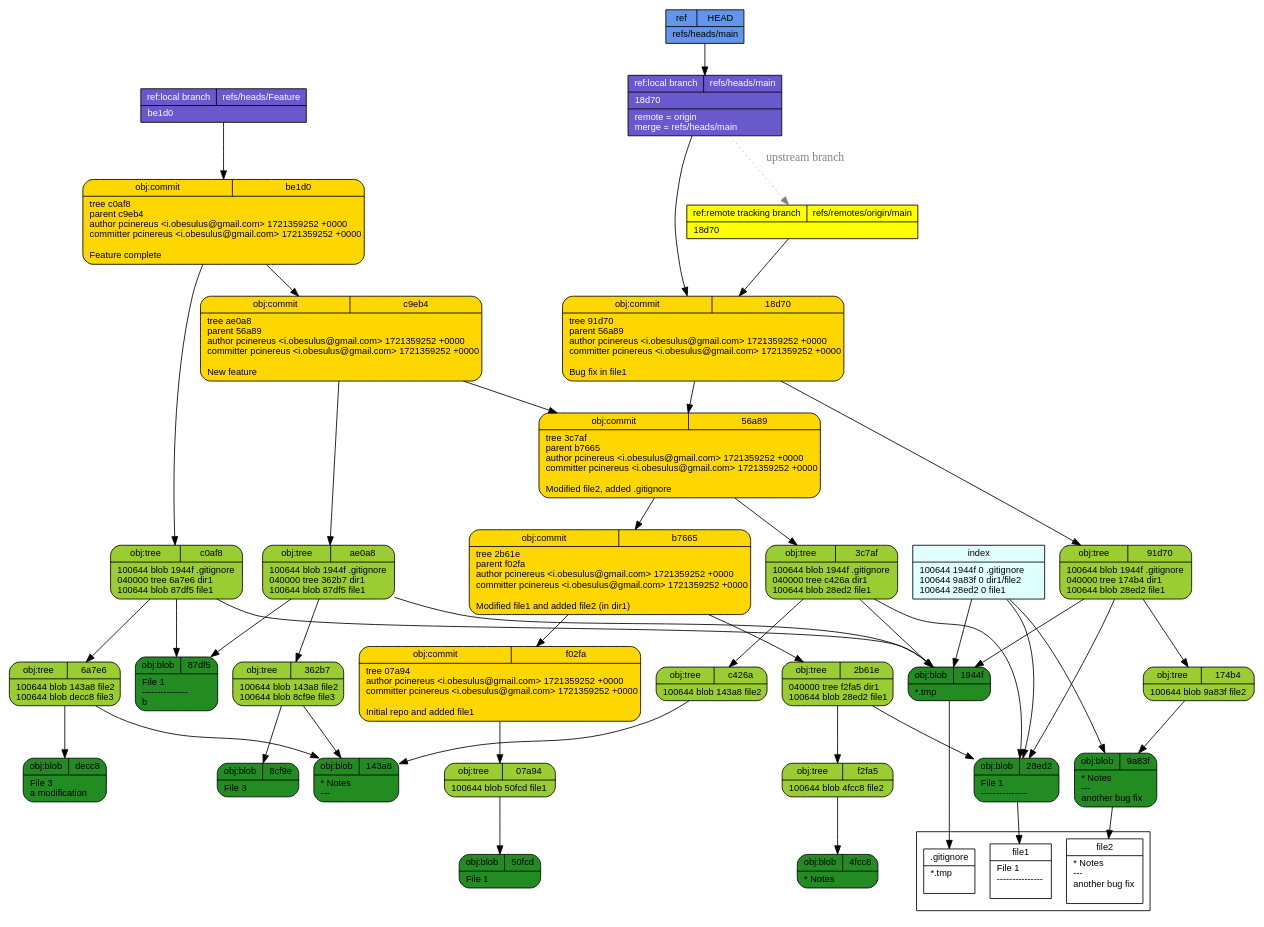
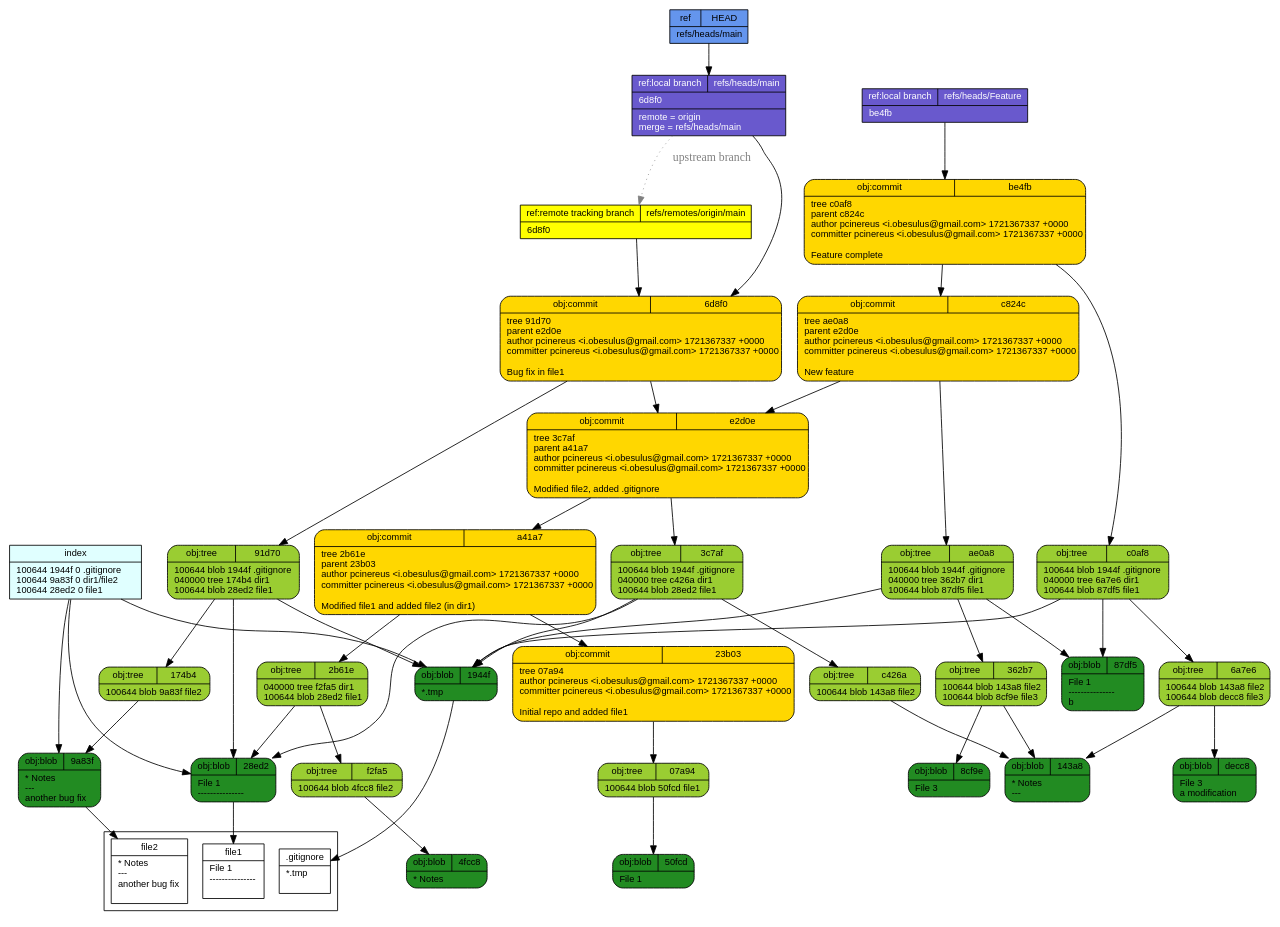
One commit to pcinereus/SUYRs_documents changed the diagram in tut/git-draw.dot. Above: the diagram before and after it, drawn with Graphviz. The commit also changed 613 other files, not shown here.

```diff
--- a/tut/git-draw.dot
+++ b/tut/git-draw.dot
@@ -1,57 +1,57 @@
 digraph structs {
   node [shape=record,fontsize=11,fontname="arial"];
   rankdir="TB";
+  _e2d0e [fillcolor="gold", style="filled,rounded", label="{{obj:commit|e2d0e}|tree\ 3c7af\lparent\ a41a7\lauthor\ pcinereus\ \<i\.obesulus\@gmail\.com\>\ 1721367337\ \+0000\lcommitter\ pcinereus\ \<i\.obesulus\@gmail\.com\>\ 1721367337\ \+0000\l\lModified\ file2\,\ added\ \.gitignore\l}"]  _e2d0e -> _3c7af
+  _e2d0e -> _a41a7
   _f2fa5 [fillcolor="yellowgreen", style="filled,rounded", label="{{obj:tree|f2fa5}|100644\ blob\ 4fcc8\	file2\l}"]  _f2fa5 -> _4fcc8
   _07a94 [fillcolor="yellowgreen", style="filled,rounded", label="{{obj:tree|07a94}|100644\ blob\ 50fcd\	file1\l}"]  _07a94 -> _50fcd
   _143a8 [fillcolor="forestgreen", style="filled,rounded", label="{{obj:blob|143a8}|\*\ Notes\l\-\-\-\l}"]  _c0af8 [fillcolor="yellowgreen", style="filled,rounded", label="{{obj:tree|c0af8}|100644\ blob\ 1944f\	\.gitignore\l040000\ tree\ 6a7e6\	dir1\l100644\ blob\ 87df5\	file1\l}"]  _c0af8 -> _1944f
   _c0af8 -> _6a7e6
   _c0af8 -> _87df5
   _4fcc8 [fillcolor="forestgreen", style="filled,rounded", label="{{obj:blob|4fcc8}|\*\ Notes\l}"]  _c426a [fillcolor="yellowgreen", style="filled,rounded", label="{{obj:tree|c426a}|100644\ blob\ 143a8\	file2\l}"]  _c426a -> _143a8
-  _1944f [fillcolor="forestgreen", style="filled,rounded", label="{{obj:blob|1944f}|\*\.tmp\l}"]  _50fcd [fillcolor="forestgreen", style="filled,rounded", label="{{obj:blob|50fcd}|File\ 1\l}"]  _c9eb4 [fillcolor="gold", style="filled,rounded", label="{{obj:commit|c9eb4}|tree\ ae0a8\lparent\ 56a89\lauthor\ pcinereus\ \<i\.obesulus\@gmail\.com\>\ 1721359252\ \+0000\lcommitter\ pcinereus\ \<i\.obesulus\@gmail\.com\>\ 1721359252\ \+0000\l\lNew\ feature\l}"]  _c9eb4 -> _ae0a8
-  _c9eb4 -> _56a89
-  _8cf9e [fillcolor="forestgreen", style="filled,rounded", label="{{obj:blob|8cf9e}|File\ 3\l}"]  _f02fa [fillcolor="gold", style="filled,rounded", label="{{obj:commit|f02fa}|tree\ 07a94\lauthor\ pcinereus\ \<i\.obesulus\@gmail\.com\>\ 1721359252\ \+0000\lcommitter\ pcinereus\ \<i\.obesulus\@gmail\.com\>\ 1721359252\ \+0000\l\lInitial\ repo\ and\ added\ file1\l}"]  _f02fa -> _07a94
+  _1944f [fillcolor="forestgreen", style="filled,rounded", label="{{obj:blob|1944f}|\*\.tmp\l}"]  _50fcd [fillcolor="forestgreen", style="filled,rounded", label="{{obj:blob|50fcd}|File\ 1\l}"]  _8cf9e [fillcolor="forestgreen", style="filled,rounded", label="{{obj:blob|8cf9e}|File\ 3\l}"]  _a41a7 [fillcolor="gold", style="filled,rounded", label="{{obj:commit|a41a7}|tree\ 2b61e\lparent\ 23b03\lauthor\ pcinereus\ \<i\.obesulus\@gmail\.com\>\ 1721367337\ \+0000\lcommitter\ pcinereus\ \<i\.obesulus\@gmail\.com\>\ 1721367337\ \+0000\l\lModified\ file1\ and\ added\ file2\ \(in\ dir1\)\l}"]  _a41a7 -> _2b61e
+  _a41a7 -> _23b03
   _91d70 [fillcolor="yellowgreen", style="filled,rounded", label="{{obj:tree|91d70}|100644\ blob\ 1944f\	\.gitignore\l040000\ tree\ 174b4\	dir1\l100644\ blob\ 28ed2\	file1\l}"]  _91d70 -> _1944f
   _91d70 -> _174b4
   _91d70 -> _28ed2
-  _9a83f [fillcolor="forestgreen", style="filled,rounded", label="{{obj:blob|9a83f}|\*\ Notes\l\-\-\-\l\ another\ bug\ fix\l}"]  _be1d0 [fillcolor="gold", style="filled,rounded", label="{{obj:commit|be1d0}|tree\ c0af8\lparent\ c9eb4\lauthor\ pcinereus\ \<i\.obesulus\@gmail\.com\>\ 1721359252\ \+0000\lcommitter\ pcinereus\ \<i\.obesulus\@gmail\.com\>\ 1721359252\ \+0000\l\lFeature\ complete\l}"]  _be1d0 -> _c0af8
-  _be1d0 -> _c9eb4
+  _9a83f [fillcolor="forestgreen", style="filled,rounded", label="{{obj:blob|9a83f}|\*\ Notes\l\-\-\-\l\ another\ bug\ fix\l}"]  _c824c [fillcolor="gold", style="filled,rounded", label="{{obj:commit|c824c}|tree\ ae0a8\lparent\ e2d0e\lauthor\ pcinereus\ \<i\.obesulus\@gmail\.com\>\ 1721367337\ \+0000\lcommitter\ pcinereus\ \<i\.obesulus\@gmail\.com\>\ 1721367337\ \+0000\l\lNew\ feature\l}"]  _c824c -> _ae0a8
+  _c824c -> _e2d0e
+  _be4fb [fillcolor="gold", style="filled,rounded", label="{{obj:commit|be4fb}|tree\ c0af8\lparent\ c824c\lauthor\ pcinereus\ \<i\.obesulus\@gmail\.com\>\ 1721367337\ \+0000\lcommitter\ pcinereus\ \<i\.obesulus\@gmail\.com\>\ 1721367337\ \+0000\l\lFeature\ complete\l}"]  _be4fb -> _c0af8
+  _be4fb -> _c824c
   _ae0a8 [fillcolor="yellowgreen", style="filled,rounded", label="{{obj:tree|ae0a8}|100644\ blob\ 1944f\	\.gitignore\l040000\ tree\ 362b7\	dir1\l100644\ blob\ 87df5\	file1\l}"]  _ae0a8 -> _1944f
   _ae0a8 -> _362b7
   _ae0a8 -> _87df5
-  _18d70 [fillcolor="gold", style="filled,rounded", label="{{obj:commit|18d70}|tree\ 91d70\lparent\ 56a89\lauthor\ pcinereus\ \<i\.obesulus\@gmail\.com\>\ 1721359252\ \+0000\lcommitter\ pcinereus\ \<i\.obesulus\@gmail\.com\>\ 1721359252\ \+0000\l\lBug\ fix\ in\ file1\l}"]  _18d70 -> _91d70
-  _18d70 -> _56a89
   _2b61e [fillcolor="yellowgreen", style="filled,rounded", label="{{obj:tree|2b61e}|040000\ tree\ f2fa5\	dir1\l100644\ blob\ 28ed2\	file1\l}"]  _2b61e -> _f2fa5
   _2b61e -> _28ed2
   _87df5 [fillcolor="forestgreen", style="filled,rounded", label="{{obj:blob|87df5}|File\ 1\l\-\-\-\-\-\-\-\-\-\-\-\-\-\-\-\lb\l}"]  _362b7 [fillcolor="yellowgreen", style="filled,rounded", label="{{obj:tree|362b7}|100644\ blob\ 143a8\	file2\l100644\ blob\ 8cf9e\	file3\l}"]  _362b7 -> _143a8
   _362b7 -> _8cf9e
   _3c7af [fillcolor="yellowgreen", style="filled,rounded", label="{{obj:tree|3c7af}|100644\ blob\ 1944f\	\.gitignore\l040000\ tree\ c426a\	dir1\l100644\ blob\ 28ed2\	file1\l}"]  _3c7af -> _1944f
   _3c7af -> _c426a
   _3c7af -> _28ed2
   _28ed2 [fillcolor="forestgreen", style="filled,rounded", label="{{obj:blob|28ed2}|File\ 1\l\-\-\-\-\-\-\-\-\-\-\-\-\-\-\-\l}"]  _6a7e6 [fillcolor="yellowgreen", style="filled,rounded", label="{{obj:tree|6a7e6}|100644\ blob\ 143a8\	file2\l100644\ blob\ decc8\	file3\l}"]  _6a7e6 -> _143a8
   _6a7e6 -> _decc8
   _174b4 [fillcolor="yellowgreen", style="filled,rounded", label="{{obj:tree|174b4}|100644\ blob\ 9a83f\	file2\l}"]  _174b4 -> _9a83f
-  _decc8 [fillcolor="forestgreen", style="filled,rounded", label="{{obj:blob|decc8}|File\ 3\l\ a\ modification\l}"]  _b7665 [fillcolor="gold", style="filled,rounded", label="{{obj:commit|b7665}|tree\ 2b61e\lparent\ f02fa\lauthor\ pcinereus\ \<i\.obesulus\@gmail\.com\>\ 1721359252\ \+0000\lcommitter\ pcinereus\ \<i\.obesulus\@gmail\.com\>\ 1721359252\ \+0000\l\lModified\ file1\ and\ added\ file2\ \(in\ dir1\)\l}"]  _b7665 -> _2b61e
-  _b7665 -> _f02fa
-  _56a89 [fillcolor="gold", style="filled,rounded", label="{{obj:commit|56a89}|tree\ 3c7af\lparent\ b7665\lauthor\ pcinereus\ \<i\.obesulus\@gmail\.com\>\ 1721359252\ \+0000\lcommitter\ pcinereus\ \<i\.obesulus\@gmail\.com\>\ 1721359252\ \+0000\l\lModified\ file2\,\ added\ \.gitignore\l}"]  _56a89 -> _3c7af
-  _56a89 -> _b7665
-  _refs___heads___Feature [style=filled, fillcolor=slateblue3, fontcolor = white,  label="{{ref:local branch|refs\/heads\/Feature}|be1d0\l}"]
-  _refs___heads___Feature -> _be1d0
+  _decc8 [fillcolor="forestgreen", style="filled,rounded", label="{{obj:blob|decc8}|File\ 3\l\ a\ modification\l}"]  _23b03 [fillcolor="gold", style="filled,rounded", label="{{obj:commit|23b03}|tree\ 07a94\lauthor\ pcinereus\ \<i\.obesulus\@gmail\.com\>\ 1721367337\ \+0000\lcommitter\ pcinereus\ \<i\.obesulus\@gmail\.com\>\ 1721367337\ \+0000\l\lInitial\ repo\ and\ added\ file1\l}"]  _23b03 -> _07a94
+  _6d8f0 [fillcolor="gold", style="filled,rounded", label="{{obj:commit|6d8f0}|tree\ 91d70\lparent\ e2d0e\lauthor\ pcinereus\ \<i\.obesulus\@gmail\.com\>\ 1721367337\ \+0000\lcommitter\ pcinereus\ \<i\.obesulus\@gmail\.com\>\ 1721367337\ \+0000\l\lBug\ fix\ in\ file1\l}"]  _6d8f0 -> _91d70
+  _6d8f0 -> _e2d0e
+  _refs___heads___Feature [style=filled, fillcolor=slateblue3, fontcolor = white,  label="{{ref:local branch|refs\/heads\/Feature}|be4fb\l}"]
+  _refs___heads___Feature -> _be4fb
   _refs___heads___main -> _refs___remotes___origin___main [style=dotted, color=gray, fontcolor=gray, label="upstream branch"]
-  _refs___heads___main [style=filled, fillcolor=slateblue3, fontcolor = white,  label="{{ref:local branch|refs\/heads\/main}|18d70\l|remote\ \=\ origin\lmerge\ \=\ refs\/heads\/main\l}"]
-  _refs___heads___main -> _18d70
-  _refs___remotes___origin___main [style=filled, fillcolor=yellow, fontcolor = black,  label="{{ref:remote tracking branch|refs\/remotes\/origin\/main}|18d70\l}"]
-  _refs___remotes___origin___main -> _18d70
+  _refs___heads___main [style=filled, fillcolor=slateblue3, fontcolor = white,  label="{{ref:local branch|refs\/heads\/main}|6d8f0\l|remote\ \=\ origin\lmerge\ \=\ refs\/heads\/main\l}"]
+  _refs___heads___main -> _6d8f0
+  _refs___remotes___origin___main [style=filled, fillcolor=yellow, fontcolor = black,  label="{{ref:remote tracking branch|refs\/remotes\/origin\/main}|6d8f0\l}"]
+  _refs___remotes___origin___main -> _6d8f0
   _HEAD [style=filled, fillcolor=cornflowerblue, fontcolor=black,  label="{{ref|HEAD}|refs\/heads\/main\l}"]
   _HEAD -> _refs___heads___main
   index -> _1944f
   index -> _9a83f
   index -> _28ed2
   index [style=filled, fillcolor=lightcyan, label="{{index}|100644\ 1944f\ 0\	\.gitignore\l100644\ 9a83f\ 0\	dir1\/file2\l100644\ 28ed2\ 0\	file1\l}"]
 subgraph cluster_1 {rank=sink  _gitignore [fillcolor="white", label="{{.gitignore}|*.tmp\l\l}"] 
   _file2 [fillcolor="white", label="{{file2}|* Notes\l---\l another bug fix\l\l}"] 
   _file1 [fillcolor="white", label="{{file1}|File 1\l---------------\l\l}"] 
 }
  _1944f -> _gitignore
  _9a83f -> _file2
  _28ed2 -> _file1
 }
```
